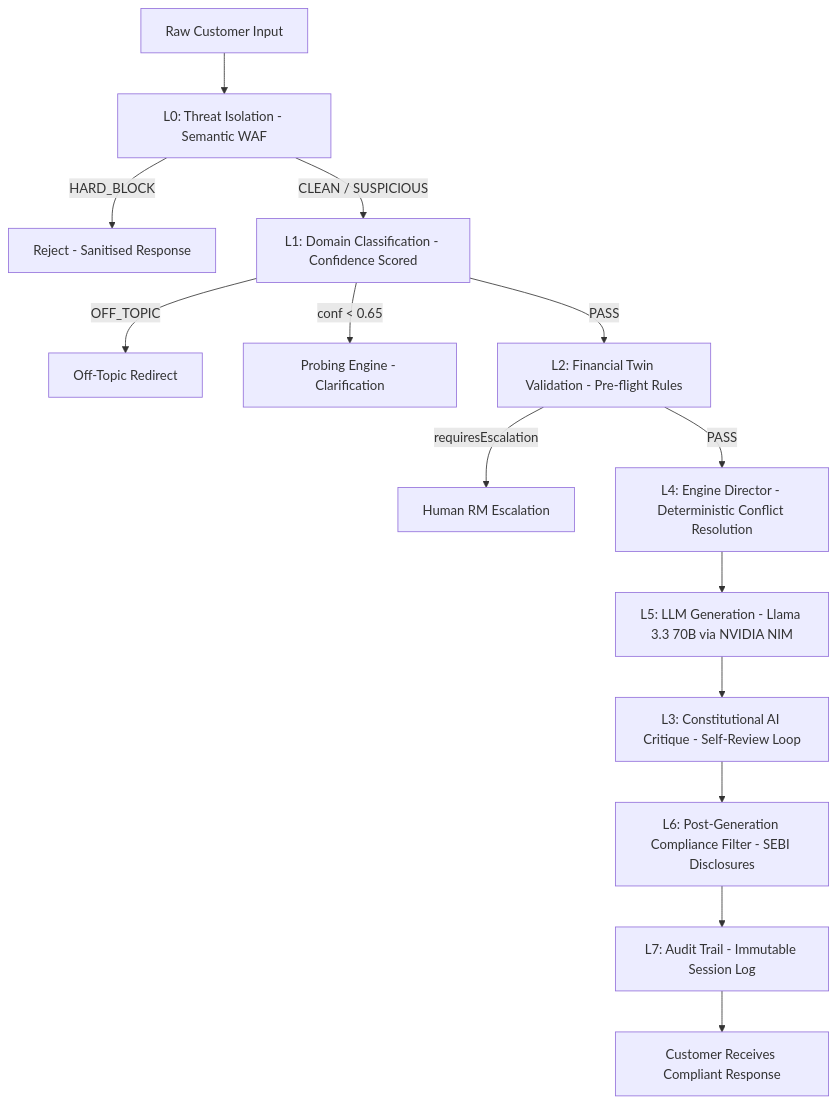
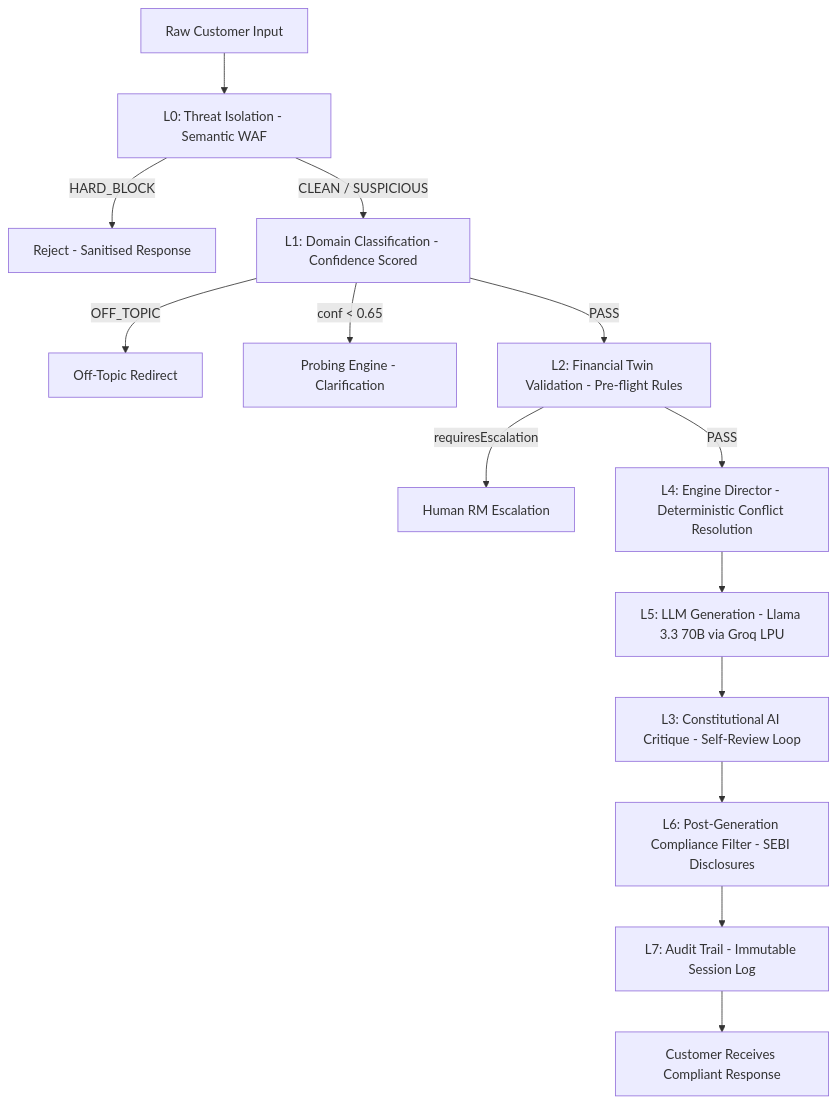
The diagram in docs/governance_architecture.md (VIKAS9793/northstar-wealth-ai), drawn with Mermaid before and after one commit. The commit also changed 6 other files, not shown here.

Commit message:
docs: update architecture documentation to reflect Groq LPU inference shift and sub-second latency benchmarks

````diff
--- a/docs/governance_architecture.md
+++ b/docs/governance_architecture.md
@@ -29,16 +29,16 @@
 ```mermaid
 graph TD
   A[Raw Customer Input] --> L0[L0: Threat Isolation - Semantic WAF]
   L0 -->|HARD_BLOCK| BLOCK[Reject - Sanitised Response]
   L0 -->|CLEAN / SUSPICIOUS| L1[L1: Domain Classification - Confidence Scored]
   L1 -->|OFF_TOPIC| OT[Off-Topic Redirect]
   L1 -->|conf < 0.65| PROBE[Probing Engine - Clarification]
   L1 -->|PASS| L2[L2: Financial Twin Validation - Pre-flight Rules]
   L2 -->|requiresEscalation| RM[Human RM Escalation]
   L2 -->|PASS| L4[L4: Engine Director - Deterministic Conflict Resolution]
-  L4 --> L5[L5: LLM Generation - Llama 3.3 70B via NVIDIA NIM]
+  L4 --> L5[L5: LLM Generation - Llama 3.3 70B via Groq LPU]
   L5 --> L3[L3: Constitutional AI Critique - Self-Review Loop]
   L3 --> L6[L6: Post-Generation Compliance Filter - SEBI Disclosures]
   L6 --> L7[L7: Audit Trail - Immutable Session Log]
   L7 --> OUT[Customer Receives Compliant Response]
 ```
````
